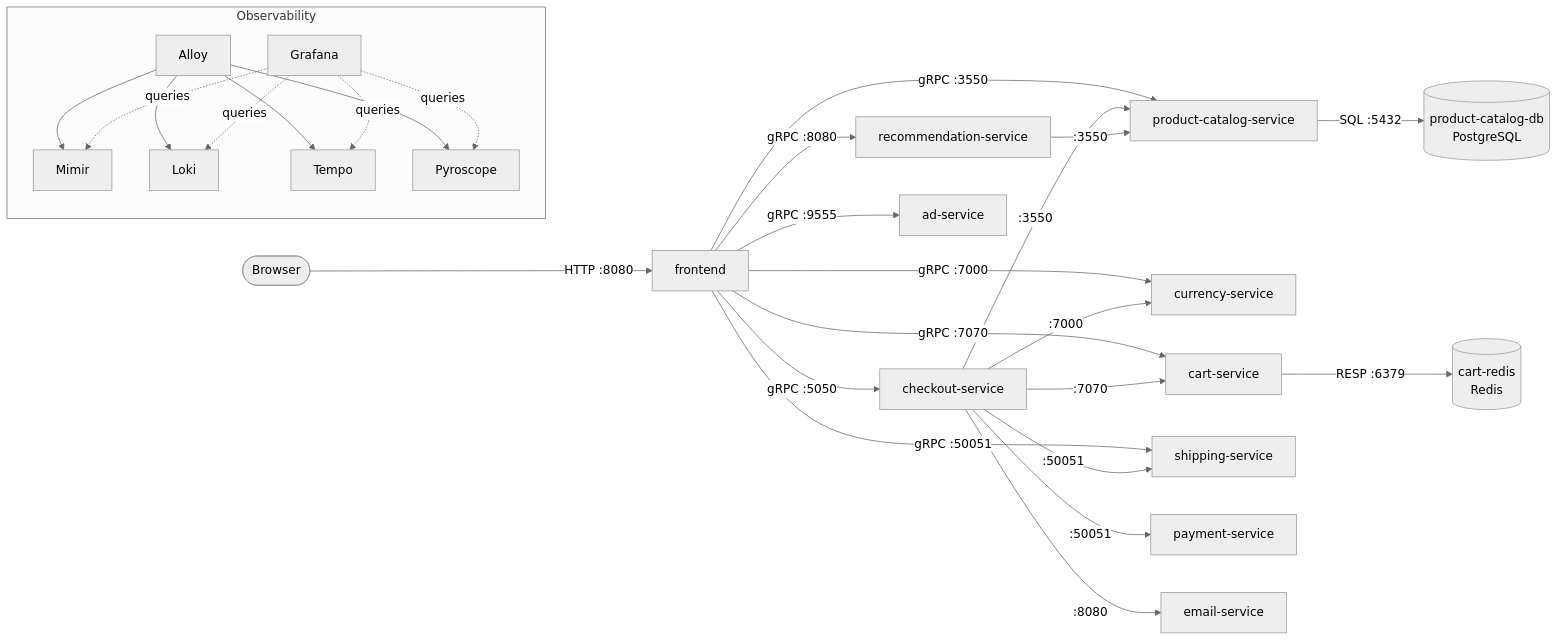
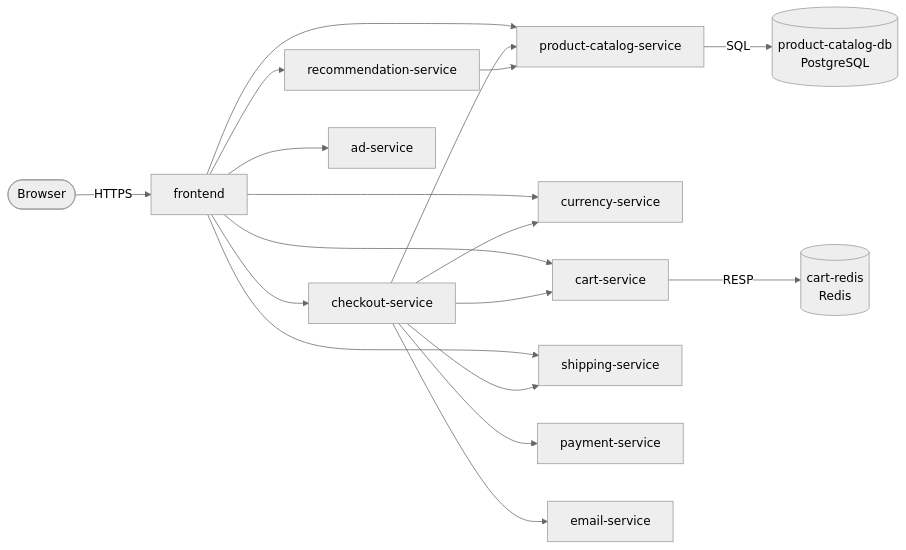
Before and after one commit to platform-boutique/platform-demo-docs: the diagram in README.md, drawn with Mermaid (neutral theme). The commit also changed other lines of this file and 29 other files, not shown here.

````diff
--- a/README.md
+++ b/README.md
@@ -49,31 +63,15 @@
 ```mermaid
 flowchart LR
-    U([Browser]) -->|HTTP :8080| FE[frontend]
-
-    FE -->|gRPC :3550| PC[product-catalog-service]
-    FE -->|gRPC :7000| CUR[currency-service]
-    FE -->|gRPC :7070| CART[cart-service]
-    FE -->|gRPC :8080| REC[recommendation-service]
-    FE -->|gRPC :5050| CHK[checkout-service]
-    FE -->|gRPC :50051| SHIP[shipping-service]
-    FE -->|gRPC :9555| AD[ad-service]
-
-    CHK -->|:3550| PC
-    CHK -->|:7070| CART
-    CHK -->|:7000| CUR
-    CHK -->|:50051| SHIP
-    CHK -->|:50051| PAY[payment-service]
-    CHK -->|:8080| EML[email-service]
-
-    REC -->|:3550| PC
-    PC -->|SQL :5432| DB[(product-catalog-db<br/>PostgreSQL)]
-    CART -->|RESP :6379| RDS[(cart-redis<br/>Redis)]
-
-    subgraph Observability
-      ALLOY[Alloy] --> MIMIR[Mimir]
-      ALLOY --> LOKI[Loki]
-      ALLOY --> TEMPO[Tempo]
-      ALLOY --> PYRO[Pyroscope]
-      GRAF[Grafana] -.queries.-> MIMIR & LOKI & TEMPO & PYRO
-    end
+    U([Browser]) -->|HTTPS| FE[frontend]
+    FE --> PC[product-catalog-service]
+    FE --> CUR[currency-service]
+    FE --> CART[cart-service]
+    FE --> REC[recommendation-service]
+    FE --> CHK[checkout-service]
+    FE --> SHIP[shipping-service]
+    FE --> AD[ad-service]
+    CHK --> PC & CART & CUR & SHIP & PAY[payment-service] & EML[email-service]
+    REC --> PC
+    PC -->|SQL| DB[(product-catalog-db<br/>PostgreSQL)]
+    CART -->|RESP| RDS[(cart-redis<br/>Redis)]
 ```
````
